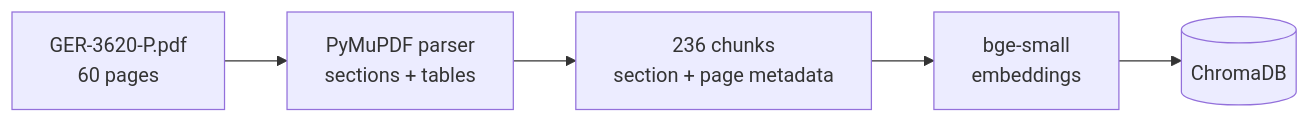
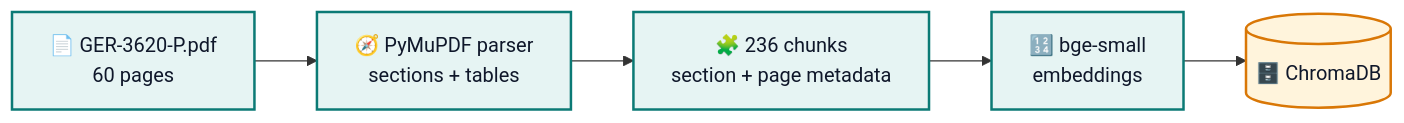
The first of 2 diagrams in README.md (adityamukesh/genai-aditya), drawn with Mermaid before and after one commit. The commit also changed other lines of this file, not shown here.

Commit message:
README: show the flowchart directly (coloured Mermaid) above the architecture diagram

````diff
--- a/README.md
+++ b/README.md
@@ -171,7 +168,12 @@
 ```mermaid
 flowchart LR
-    A["GER-3620-P.pdf<br/>60 pages"] --> B["PyMuPDF parser<br/>sections + tables"]
-    B --> C["236 chunks<br/>section + page metadata"]
-    C --> D["bge-small<br/>embeddings"]
-    D --> E[("ChromaDB")]
+    A["📄 GER-3620-P.pdf<br/>60 pages"] --> B["🧭 PyMuPDF parser<br/>sections + tables"]
+    B --> C["🧩 236 chunks<br/>section + page metadata"]
+    C --> D["🔢 bge-small<br/>embeddings"]
+    D --> E[("🗄️ ChromaDB")]
+
+    classDef step fill:#e6f4f3,stroke:#0b7a75,stroke-width:2px,color:#0f172a
+    classDef store fill:#fff4dc,stroke:#d97706,stroke-width:2px,color:#0f172a
+    class A,B,C,D step
+    class E store
 ```
````
